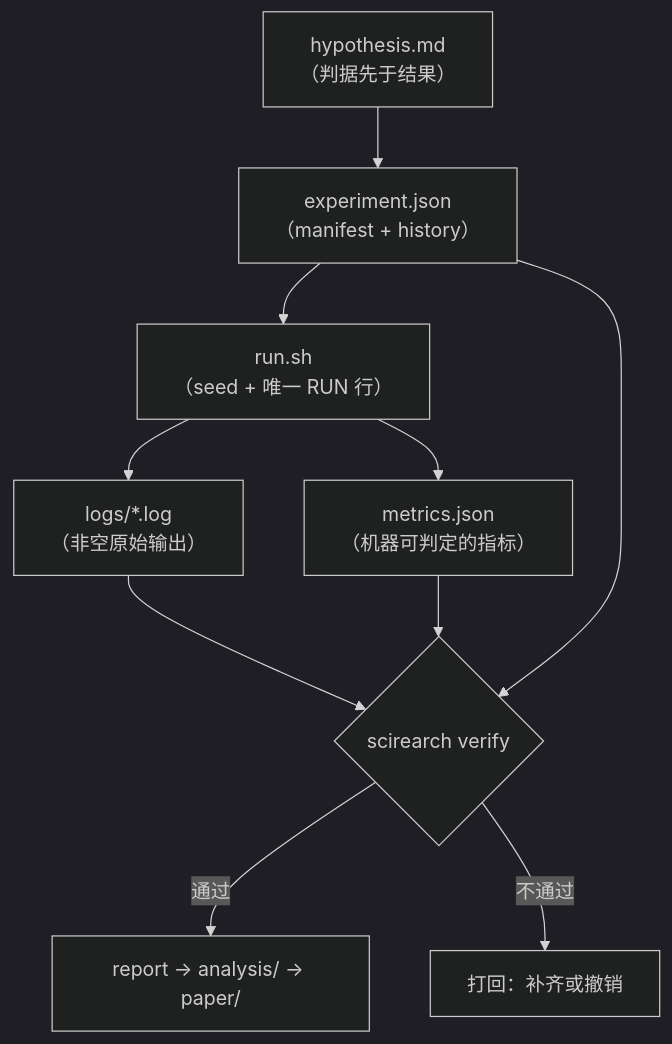
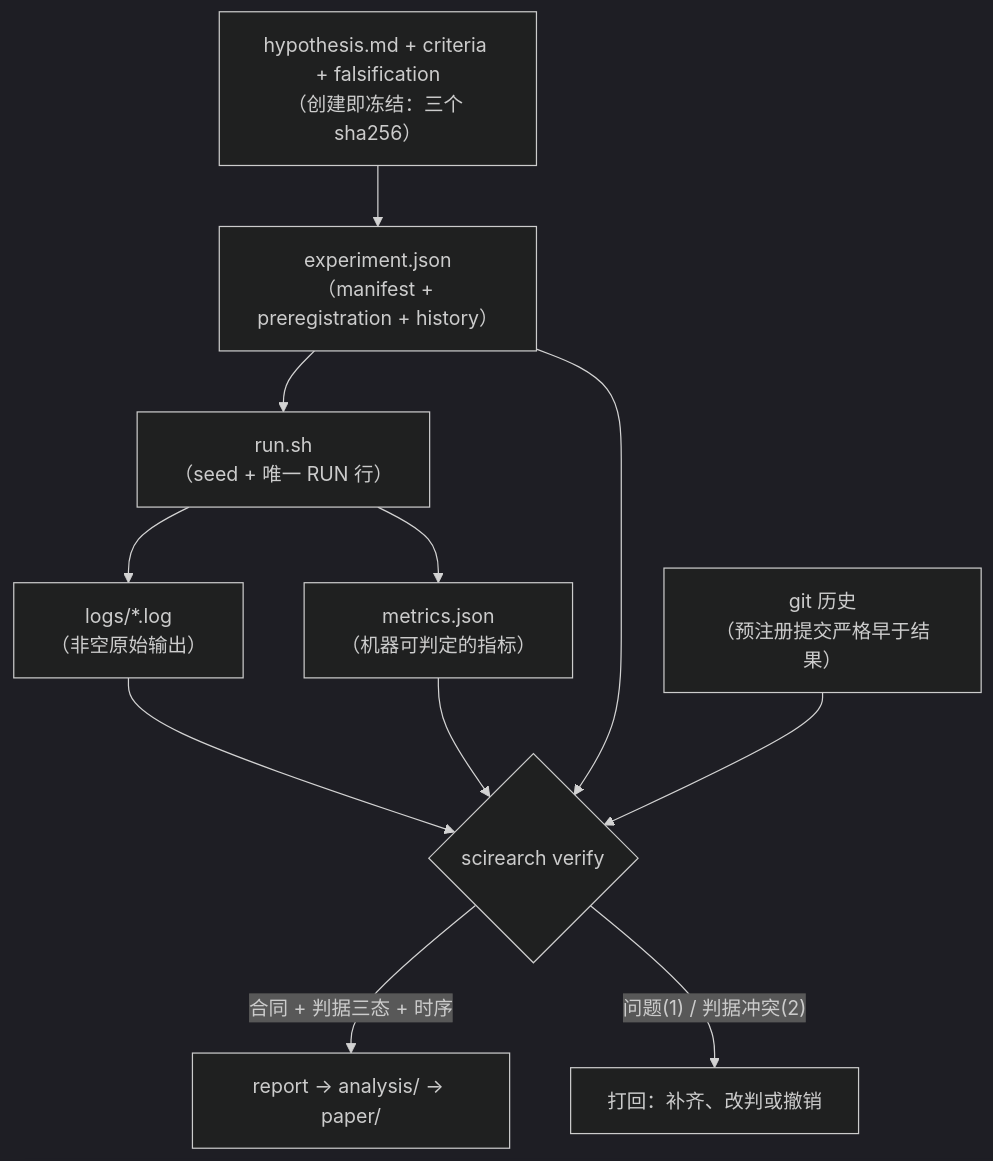
Before and after one commit to ckyOL/scienceRearch: the diagram in docs/architecture.md, drawn with Mermaid (dark theme). The commit also changed other lines of this file and 38 other files, not shown here.

First line of the commit message:
feat(contract): 落地调研 §7 借鉴清单：预注册哈希冻结、判据三态、git 时序防火墙

````diff
--- a/docs/architecture.md
+++ b/docs/architecture.md
@@ -19,12 +19,13 @@
 ```mermaid
 flowchart TB
-  H["hypothesis.md<br/>（判据先于结果）"] --> M["experiment.json<br/>（manifest + history）"]
+  H["hypothesis.md + criteria + falsification<br/>（创建即冻结：三个 sha256）"] --> M["experiment.json<br/>（manifest + preregistration + history）"]
   M --> R["run.sh<br/>（seed + 唯一 RUN 行）"]
   R --> L["logs/*.log<br/>（非空原始输出）"]
   R --> K["metrics.json<br/>（机器可判定的指标）"]
   L --> V{"scirearch verify"}
   K --> V
   M --> V
-  V -->|通过| P["report → analysis/ → paper/"]
-  V -->|不通过| B["打回：补齐或撤销"]
+  G["git 历史<br/>（预注册提交严格早于结果）"] --> V
+  V -->|"合同 + 判据三态 + 时序"| P["report → analysis/ → paper/"]
+  V -->|"问题(1) / 判据冲突(2)"| B["打回：补齐、改判或撤销"]
 ```
````
